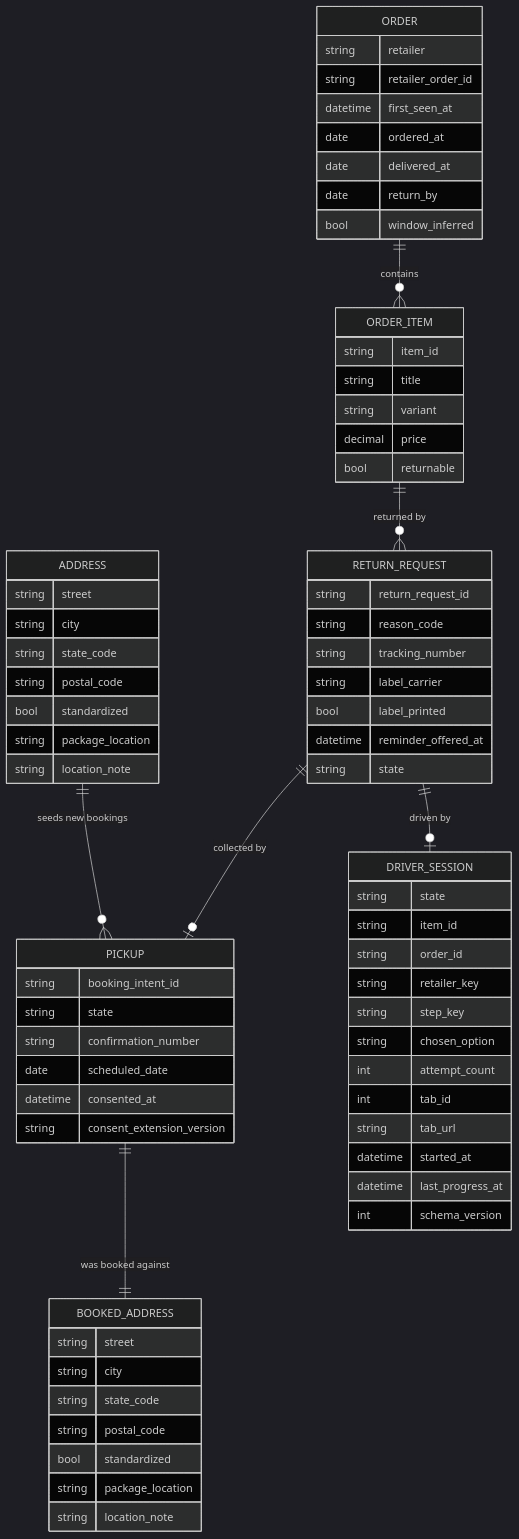
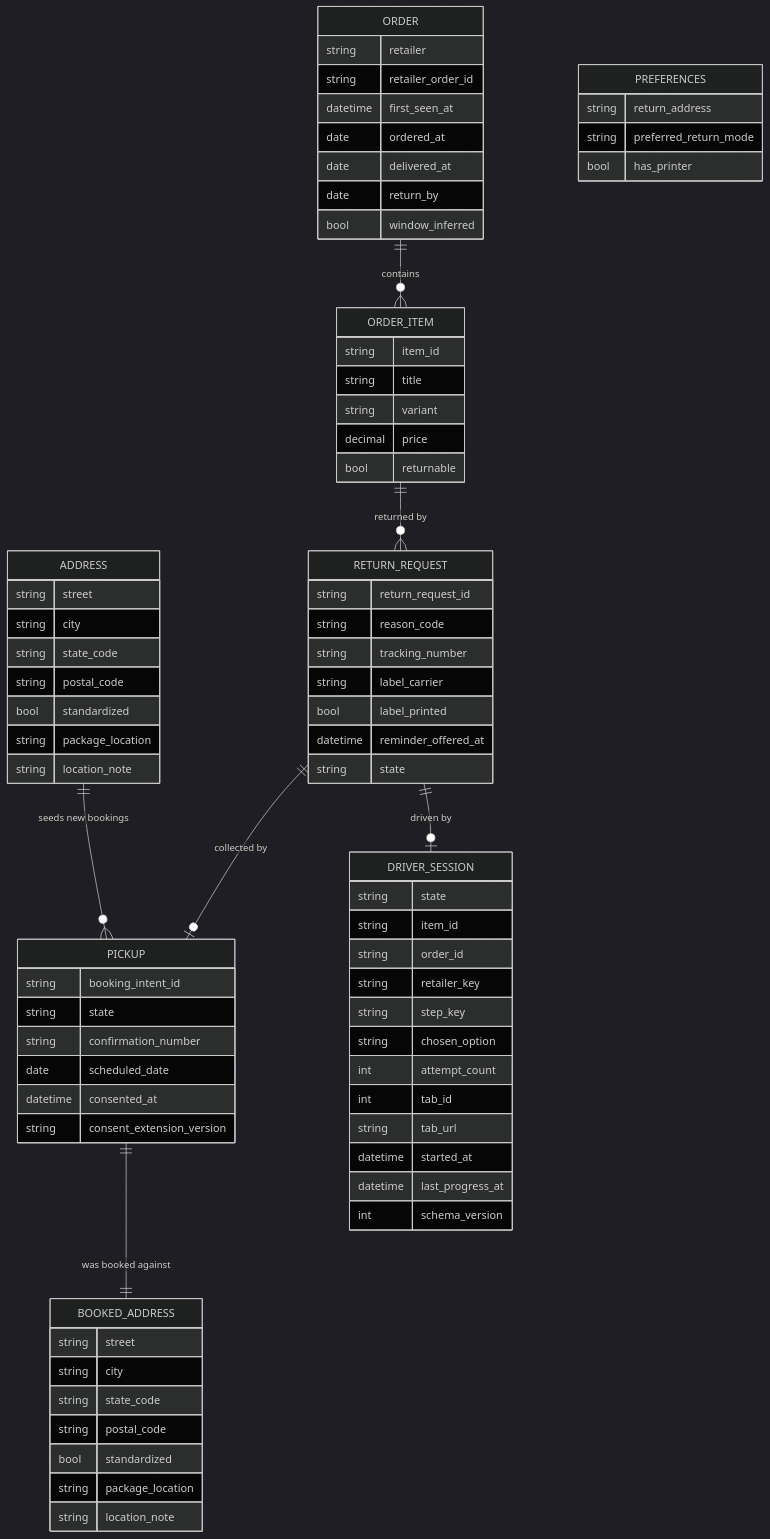
One commit to jacklvd/boomerang changed the second of 8 diagrams in design/boomerang-high-level-design.md. Above: the diagram before and after it, drawn with Mermaid (dark theme). The commit also changed other lines of this file and 63 other files, not shown here.

Commit message:
retailer-flow spike documentation + retargeted workflow

````diff
--- a/design/boomerang-high-level-design.md
+++ b/design/boomerang-high-level-design.md
@@ -204,75 +206,80 @@
 ```mermaid
 erDiagram
     ORDER ||--o{ ORDER_ITEM : "contains"
     ORDER_ITEM ||--o{ RETURN_REQUEST : "returned by"
     RETURN_REQUEST ||--o| PICKUP : "collected by"
     RETURN_REQUEST ||--o| DRIVER_SESSION : "driven by"
     ADDRESS ||--o{ PICKUP : "seeds new bookings"
     PICKUP ||--|| BOOKED_ADDRESS : "was booked against"
 
     ORDER {
         string retailer
         string retailer_order_id
         datetime first_seen_at
         date ordered_at
         date delivered_at
         date return_by
         bool window_inferred
     }
     ORDER_ITEM {
         string item_id
         string title
         string variant
         decimal price
         bool returnable
     }
     RETURN_REQUEST {
         string return_request_id
         string reason_code
         string tracking_number
         string label_carrier
         bool label_printed
         datetime reminder_offered_at
         string state
     }
     PICKUP {
         string booking_intent_id
         string state
         string confirmation_number
         date scheduled_date
         datetime consented_at
         string consent_extension_version
     }
     DRIVER_SESSION {
         string state
         string item_id
         string order_id
         string retailer_key
         string step_key
         string chosen_option
         int attempt_count
         int tab_id
         string tab_url
         datetime started_at
         datetime last_progress_at
         int schema_version
     }
     BOOKED_ADDRESS {
         string street
         string city
         string state_code
         string postal_code
         bool standardized
         string package_location
         string location_note
     }
     ADDRESS {
         string street
         string city
         string state_code
         string postal_code
         bool standardized
         string package_location
         string location_note
     }
+    PREFERENCES {
+      string return_address
+      string preferred_return_mode
+      bool has_printer
+    }
 ```
````
